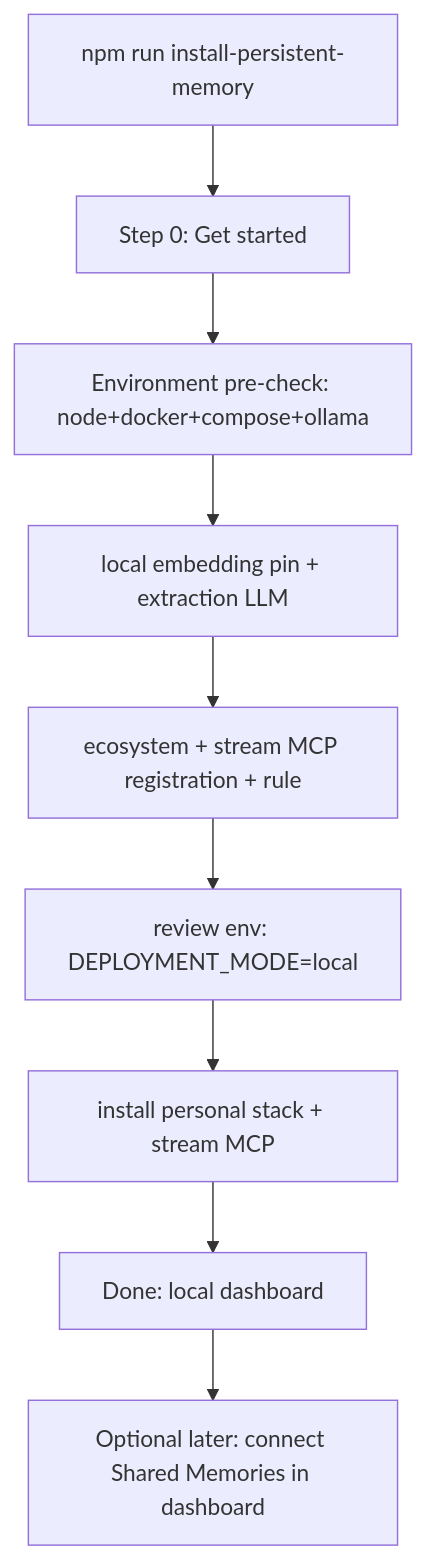
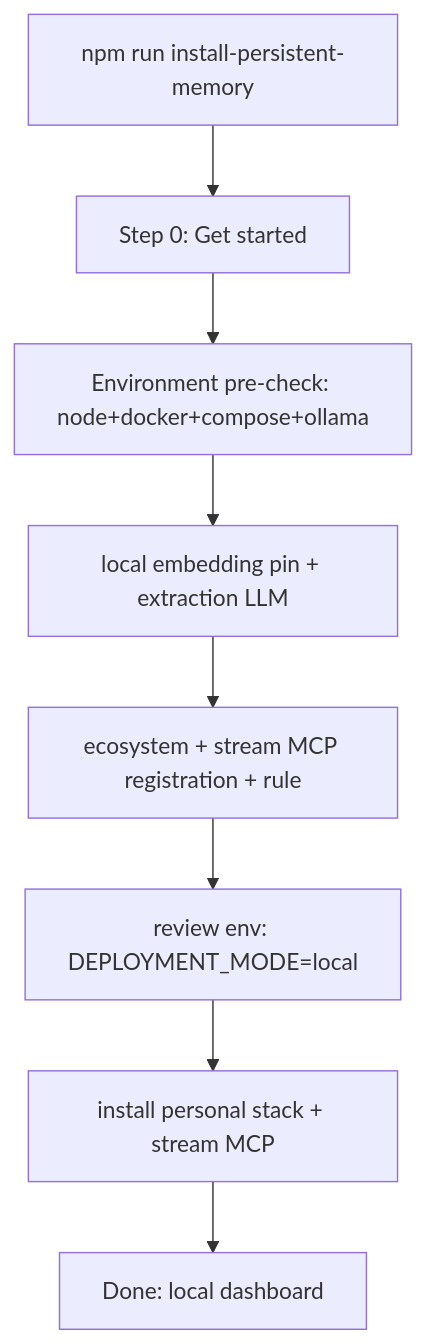
The diagram in documentation/components/onboard.md (vshcherbukhin/persistent-memory-stack), drawn with Mermaid before and after one commit. The commit also changed other lines of this file and 189 other files, not shown here.

````diff
--- a/documentation/components/onboard.md
+++ b/documentation/components/onboard.md
@@ -82,11 +80,10 @@
 ```mermaid
 flowchart TD
   S[npm run install-persistent-memory] --> F[Step 0: Get started]
   F --> A[Environment pre-check: node+docker+compose+ollama]
   A --> A1[local embedding pin + extraction LLM]
   A1 --> A2[ecosystem + stream MCP registration + rule]
   A2 --> A3[review env: DEPLOYMENT_MODE=local]
   A3 --> A5[install personal stack + stream MCP]
   A5 --> AD[Done: local dashboard]
-  AD --> SH[Optional later: connect Shared Memories in dashboard]
 ```
````
